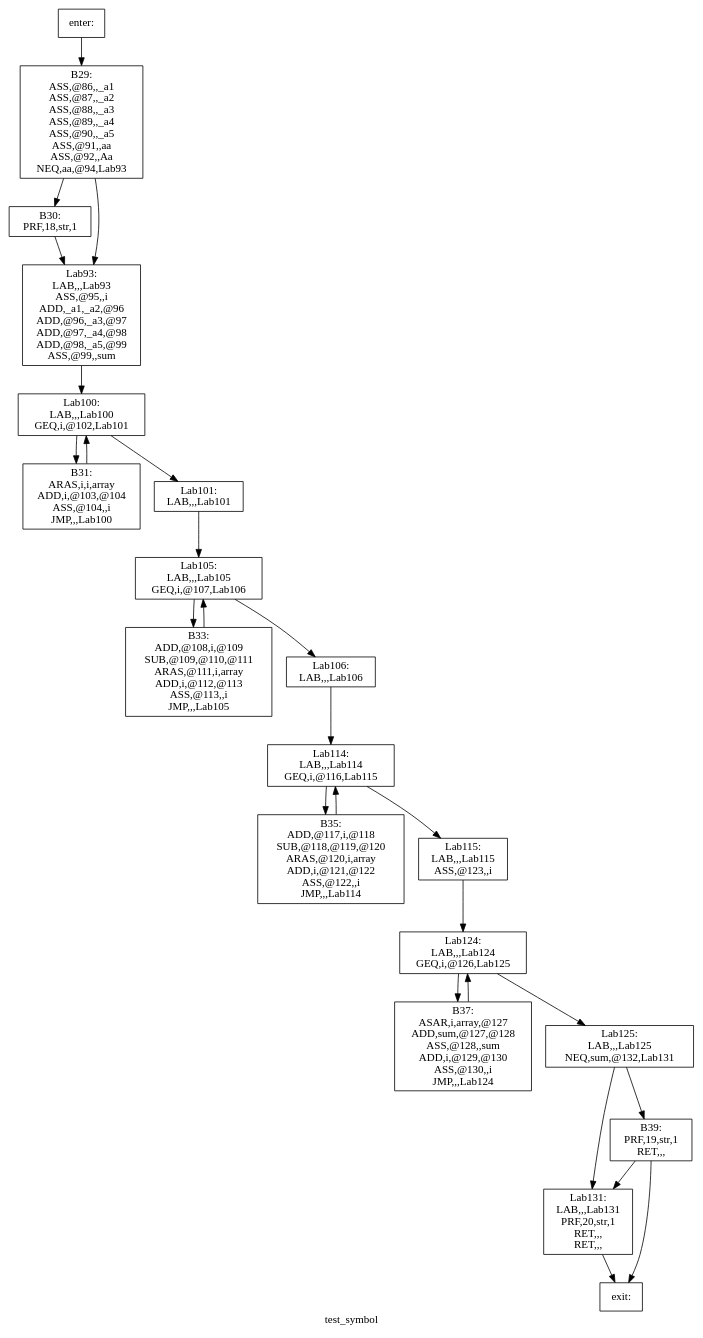
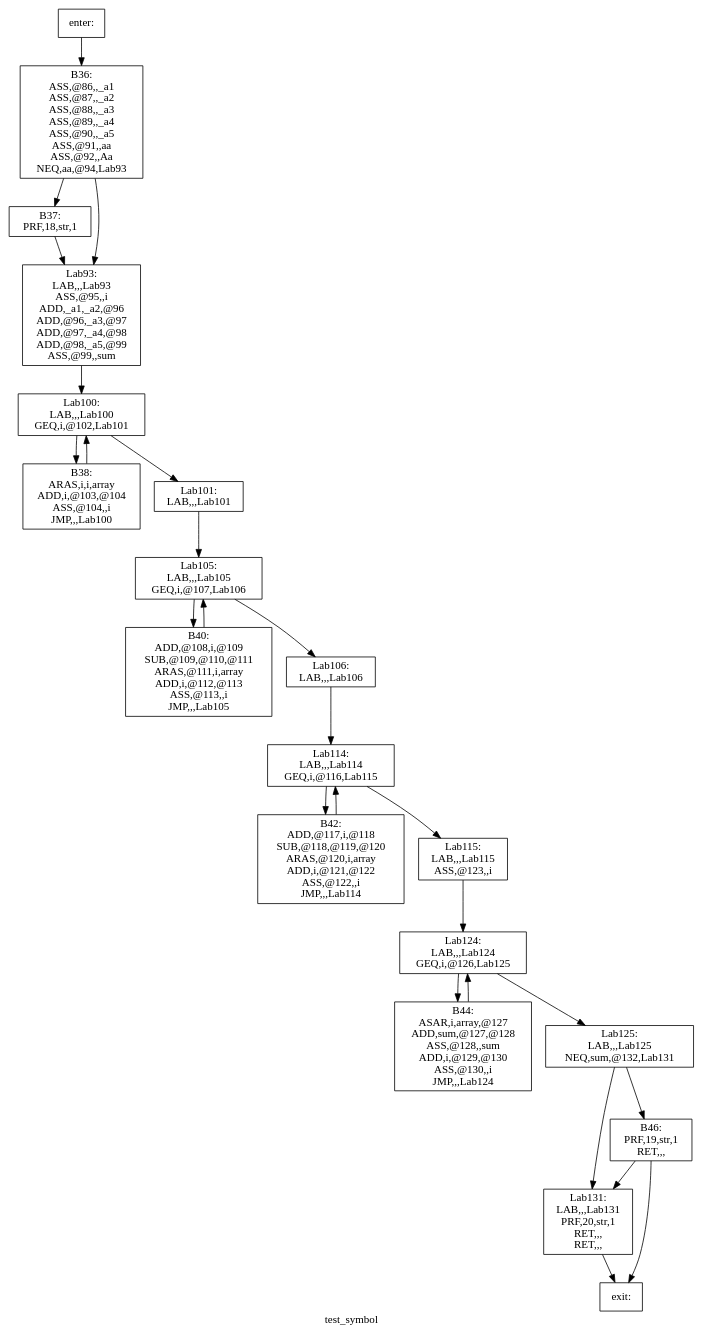
One commit to yifan123/Compiler changed the diagram in Compiler/basic_block/dot/test_symbol.dot. Above: the diagram before and after it, drawn with Graphviz. The commit also changed 157 other files, not shown here.

Commit message:
整个编译器已经完工，优化已做了： 1. 常量折叠 2. 划分基本块并使用graphviz绘制控制流图 3. 在parser时直接将所有常量的值计算出来 4. 到达定义分析，计算d-u链和活跃变量分析 5. 构建冲突图，图着色（这个可能还有bug） 6. 错误处理，错误skip，错误打印 接下来准备做： 1. 全局寄存器分配

```diff
--- a/Compiler/basic_block/dot/test_symbol.dot
+++ b/Compiler/basic_block/dot/test_symbol.dot
@@ -1,47 +1,47 @@
 digraph test_symbol{
 label =test_symbol
-B29[label="B29:\nASS,@86,,_a1\nASS,@87,,_a2\nASS,@88,,_a3\nASS,@89,,_a4\nASS,@90,,_a5\nASS,@91,,aa\nASS,@92,,Aa\nNEQ,aa,@94,Lab93\n" shape=box]
-B30[label="B30:\nPRF,18,str,1\n" shape=box]
-B31[label="B31:\nARAS,i,i,array\nADD,i,@103,@104\nASS,@104,,i\nJMP,,,Lab100\n" shape=box]
-B33[label="B33:\nADD,@108,i,@109\nSUB,@109,@110,@111\nARAS,@111,i,array\nADD,i,@112,@113\nASS,@113,,i\nJMP,,,Lab105\n" shape=box]
-B35[label="B35:\nADD,@117,i,@118\nSUB,@118,@119,@120\nARAS,@120,i,array\nADD,i,@121,@122\nASS,@122,,i\nJMP,,,Lab114\n" shape=box]
-B37[label="B37:\nASAR,i,array,@127\nADD,sum,@127,@128\nASS,@128,,sum\nADD,i,@129,@130\nASS,@130,,i\nJMP,,,Lab124\n" shape=box]
-B39[label="B39:\nPRF,19,str,1\nRET,,,\n" shape=box]
+B36[label="B36:\nASS,@86,,_a1\nASS,@87,,_a2\nASS,@88,,_a3\nASS,@89,,_a4\nASS,@90,,_a5\nASS,@91,,aa\nASS,@92,,Aa\nNEQ,aa,@94,Lab93\n" shape=box]
+B37[label="B37:\nPRF,18,str,1\n" shape=box]
+B38[label="B38:\nARAS,i,i,array\nADD,i,@103,@104\nASS,@104,,i\nJMP,,,Lab100\n" shape=box]
+B40[label="B40:\nADD,@108,i,@109\nSUB,@109,@110,@111\nARAS,@111,i,array\nADD,i,@112,@113\nASS,@113,,i\nJMP,,,Lab105\n" shape=box]
+B42[label="B42:\nADD,@117,i,@118\nSUB,@118,@119,@120\nARAS,@120,i,array\nADD,i,@121,@122\nASS,@122,,i\nJMP,,,Lab114\n" shape=box]
+B44[label="B44:\nASAR,i,array,@127\nADD,sum,@127,@128\nASS,@128,,sum\nADD,i,@129,@130\nASS,@130,,i\nJMP,,,Lab124\n" shape=box]
+B46[label="B46:\nPRF,19,str,1\nRET,,,\n" shape=box]
 Lab100[label="Lab100:\nLAB,,,Lab100\nGEQ,i,@102,Lab101\n" shape=box]
 Lab101[label="Lab101:\nLAB,,,Lab101\n" shape=box]
 Lab105[label="Lab105:\nLAB,,,Lab105\nGEQ,i,@107,Lab106\n" shape=box]
 Lab106[label="Lab106:\nLAB,,,Lab106\n" shape=box]
 Lab114[label="Lab114:\nLAB,,,Lab114\nGEQ,i,@116,Lab115\n" shape=box]
 Lab115[label="Lab115:\nLAB,,,Lab115\nASS,@123,,i\n" shape=box]
 Lab124[label="Lab124:\nLAB,,,Lab124\nGEQ,i,@126,Lab125\n" shape=box]
 Lab125[label="Lab125:\nLAB,,,Lab125\nNEQ,sum,@132,Lab131\n" shape=box]
 Lab131[label="Lab131:\nLAB,,,Lab131\nPRF,20,str,1\nRET,,,\nRET,,,\n" shape=box]
 Lab93[label="Lab93:\nLAB,,,Lab93\nASS,@95,,i\nADD,_a1,_a2,@96\nADD,@96,_a3,@97\nADD,@97,_a4,@98\nADD,@98,_a5,@99\nASS,@99,,sum\n" shape=box]
 enter[label="enter:\n" shape=box]
 exit[label="exit:\n" shape=box]
-B29->B30
-B29->Lab93
-B30->Lab93
-B31->Lab100
-B33->Lab105
-B35->Lab114
-B37->Lab124
-B39->Lab131
-B39->exit
-Lab100->B31
+B36->B37
+B36->Lab93
+B37->Lab93
+B38->Lab100
+B40->Lab105
+B42->Lab114
+B44->Lab124
+B46->Lab131
+B46->exit
+Lab100->B38
 Lab100->Lab101
 Lab101->Lab105
-Lab105->B33
+Lab105->B40
 Lab105->Lab106
 Lab106->Lab114
-Lab114->B35
+Lab114->B42
 Lab114->Lab115
 Lab115->Lab124
-Lab124->B37
+Lab124->B44
 Lab124->Lab125
-Lab125->B39
+Lab125->B46
 Lab125->Lab131
 Lab131->exit
 Lab93->Lab100
-enter->B29
+enter->B36
 }
```
